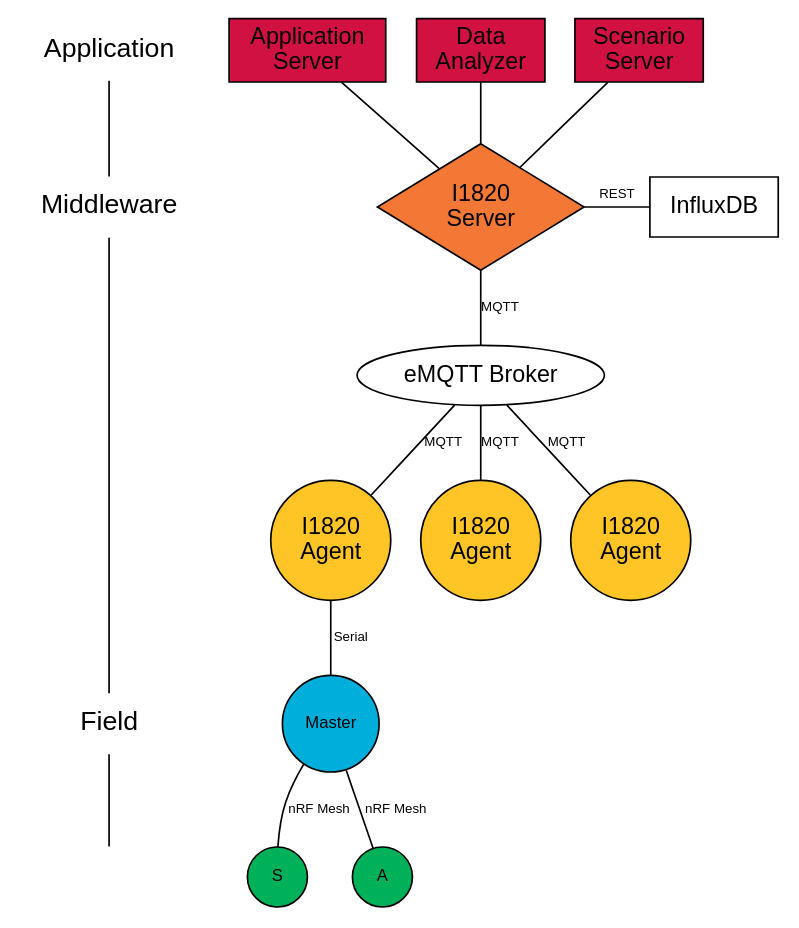
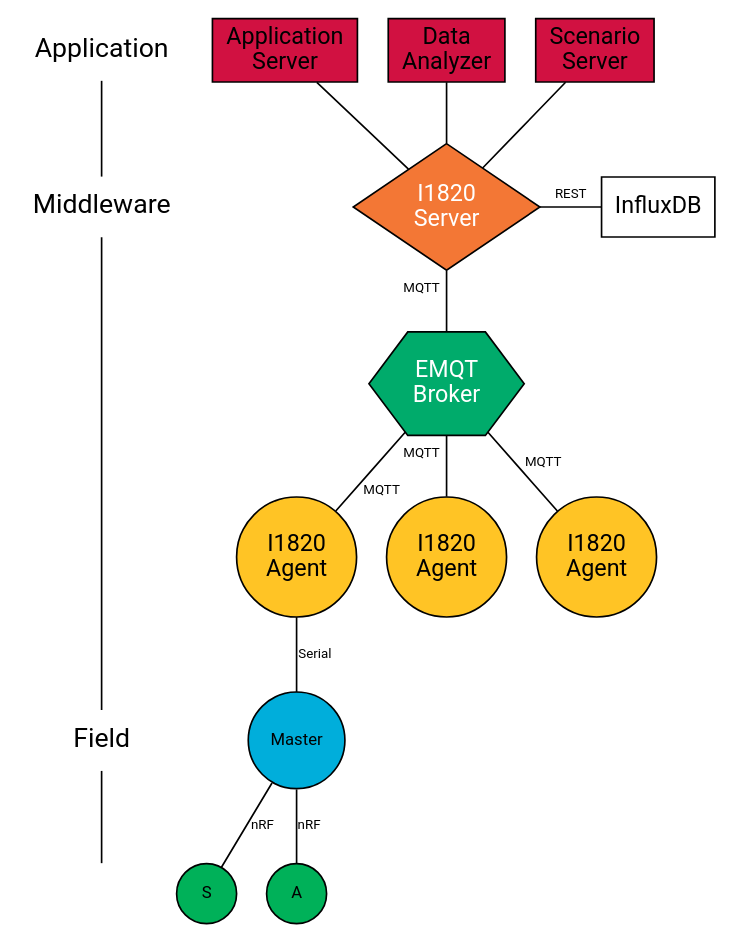
The diagram in documentation/architecture/architecture.dot (AoLab/AoLab.github.io), drawn with Graphviz before and after one commit.

Commit message:
Architecture was improved.

```diff
--- a/documentation/architecture/architecture.dot
+++ b/documentation/architecture/architecture.dot
@@ -1,56 +1,55 @@
 graph architecture {
-	graph [fontname = "helvetica"];
-	node [fontname = "helvetica"];
-	edge [fontname = "helvetica", fontsize=8];
+	graph [fontname = "roboto"];
+	node [fontname = "roboto"];
+	edge [fontname = "roboto", fontsize=8];
 
-	{
+	subgraph layers_graph {
 		node [shape=plaintext, fontsize=16];
-		/* the layer-line graph */
 		"Application" -- "Middleware" -- "Field" -- "";
 	}
 
 	{
 		rank=same;
 		"Middleware"; i1820; influx;
 	}
 
 	{
 		rank=same;
 		agent1; agent2; agent3;
 	}
 
 	{
 		rank=same
 		"Application"; aps; dan; scs;
 	}
 
 	{
 		rank=same;
 		"Field"; master;
 	}
 
 	aps -- i1820;
 	dan -- i1820;
 	scs -- i1820;
 	i1820 -- influx [label="REST"]
-	i1820 -- broker [label="MQTT"];
-	broker -- agent1 [label="MQTT"];
-	broker -- agent2 [label="MQTT"];
-	broker -- agent3 [label="MQTT"];
+	i1820 -- broker [headlabel="MQTT", labeldistance=3, labelangle=30];
+	broker -- agent1 [headlabel="MQTT", labeldistance=3];
+	broker -- agent2 [headlabel="MQTT", labeldistance=3, labelangle=30];
+	broker -- agent3 [headlabel="MQTT", labeldistance=3];
 	agent1 -- master [label="Serial"];
-	master -- ts [label="nRF Mesh"];
-	master -- ta [label="nRF Mesh"];
+	master -- ts [label="nRF"];
+	master -- ta [label="nRF"];
 
 	aps [shape=box, label="Application\nServer", fillcolor="#d11141", style=filled];
 	dan [shape=box, label="Data\nAnalyzer", fillcolor="#d11141", style=filled];
 	scs [shape=box, label="Scenario\nServer", fillcolor="#d11141", style=filled];
-	i1820 [shape=diamond, label="I1820\nServer", fillcolor="#f37735", style=filled, width=1.2];
+	i1820 [shape=diamond, label="I1820\nServer", fillcolor="#f37735", style=filled, width=1, fontcolor="#ffffff"];
 	influx [shape=box, label="InfluxDB"];
-	broker [shape=ellipse, label="eMQTT Broker"];
+	broker [shape=hexagon, label="EMQT\nBroker", fillcolor="#00ab6b", style=filled; fontcolor="#ffffff"];
 	agent1 [shape=circle, label="I1820\nAgent", fillcolor="#ffc425", style=filled, width=1];
 	agent2 [shape=circle, label="I1820\nAgent", fillcolor="#ffc425", style=filled, width=1];
 	agent3 [shape=circle, label="I1820\nAgent", fillcolor="#ffc425", style=filled, width=1];
 	master [shape=circle, label="Master", fillcolor="#00aedb", style=filled, fontsize=10, width=.8, fixedsize=true];
 	ts [shape=circle, label="S", fillcolor="#00b159", style=filled, fontsize=10, width=.5, fixedsize=true];
 	ta [shape=circle, label="A", fillcolor="#00b159", style=filled, fontsize=10, width=.5, fixedsize=true];
 }
```
